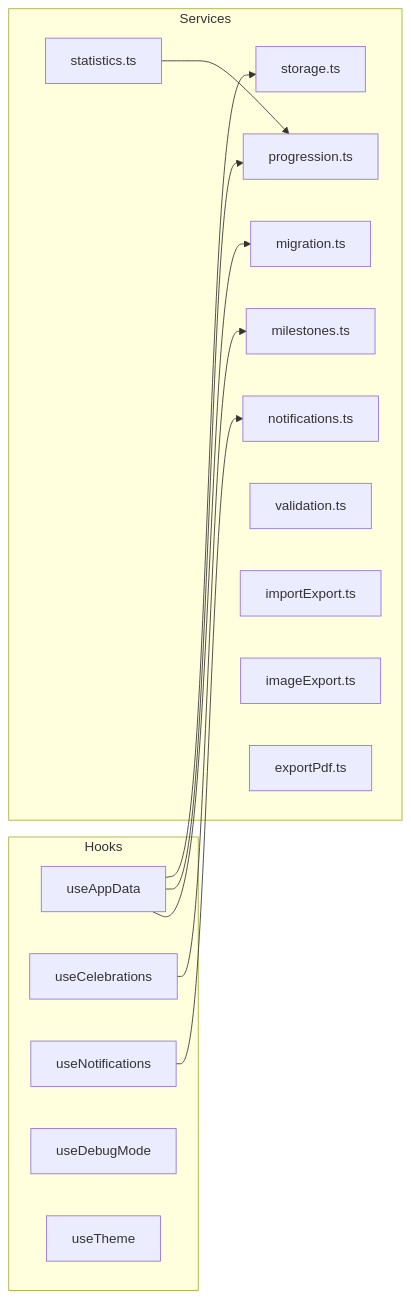
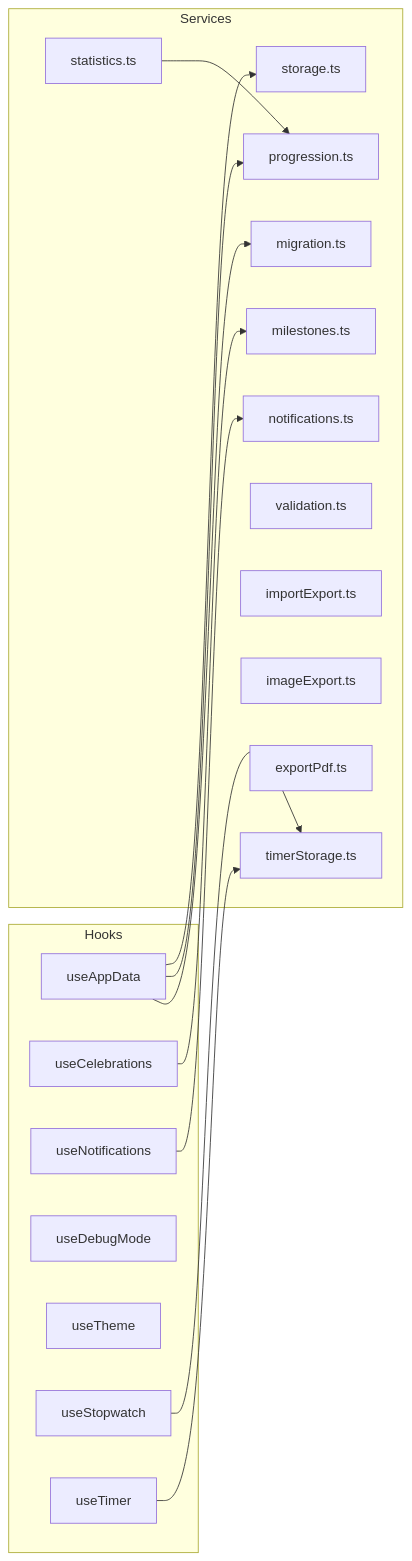
The fifth of 15 diagrams in docs/ARCHITECTURE.md (julien-riel/doucement), drawn with Mermaid before and after one commit. The commit also changed other lines of this file and 6 other files, not shown here.

````diff
--- a/docs/ARCHITECTURE.md
+++ b/docs/ARCHITECTURE.md
@@ -105,30 +105,35 @@
 ```mermaid
 graph LR
     subgraph "Services"
         storage[storage.ts]
         progression[progression.ts]
         statistics[statistics.ts]
         migration[migration.ts]
         notifications[notifications.ts]
         milestones[milestones.ts]
         validation[validation.ts]
         importExport[importExport.ts]
         imageExport[imageExport.ts]
         exportPdf[exportPdf.ts]
+        timerStorage[timerStorage.ts]
     end
 
     subgraph "Hooks"
         useAppData[useAppData]
         useCelebrations[useCelebrations]
         useNotifications[useNotifications]
         useDebugMode[useDebugMode]
         useTheme[useTheme]
+        useStopwatch[useStopwatch]
+        useTimer[useTimer]
     end
 
     useAppData --> storage
     useAppData --> progression
     useAppData --> migration
     useCelebrations --> milestones
     useNotifications --> notifications
+    useStopwatch --> timerStorage
+    useTimer --> timerStorage
     statistics --> progression
 ```
````
